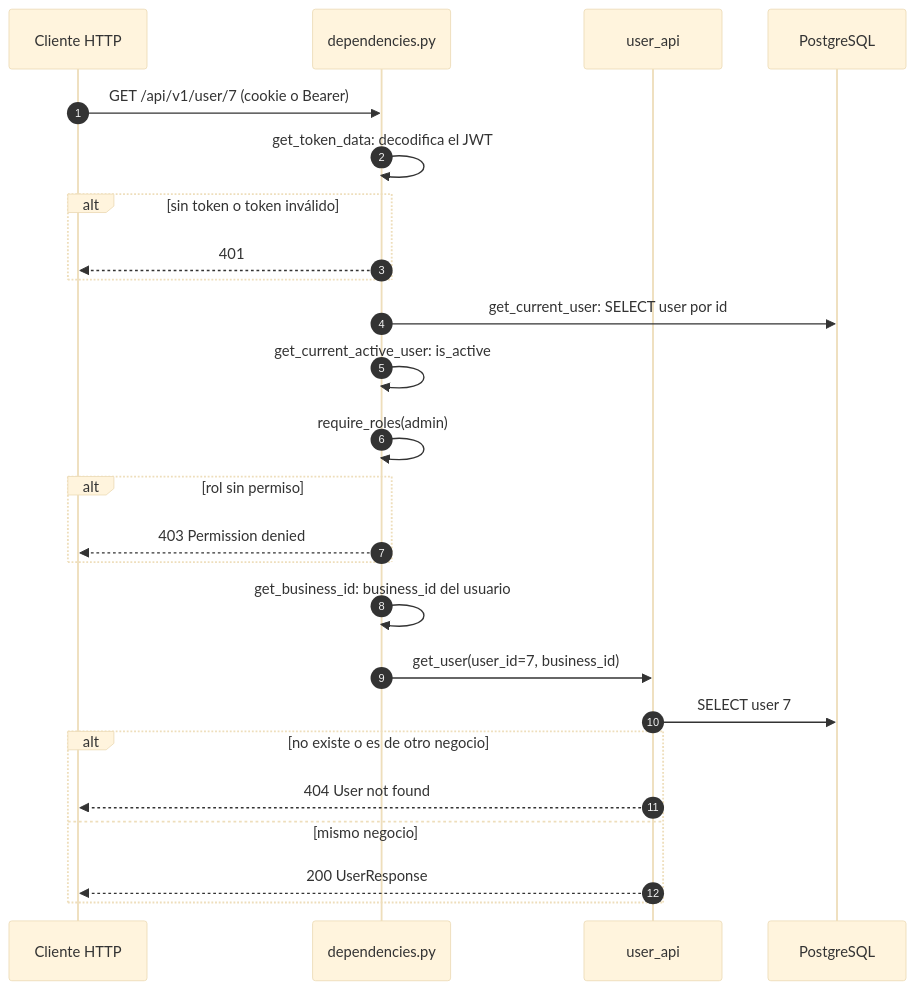
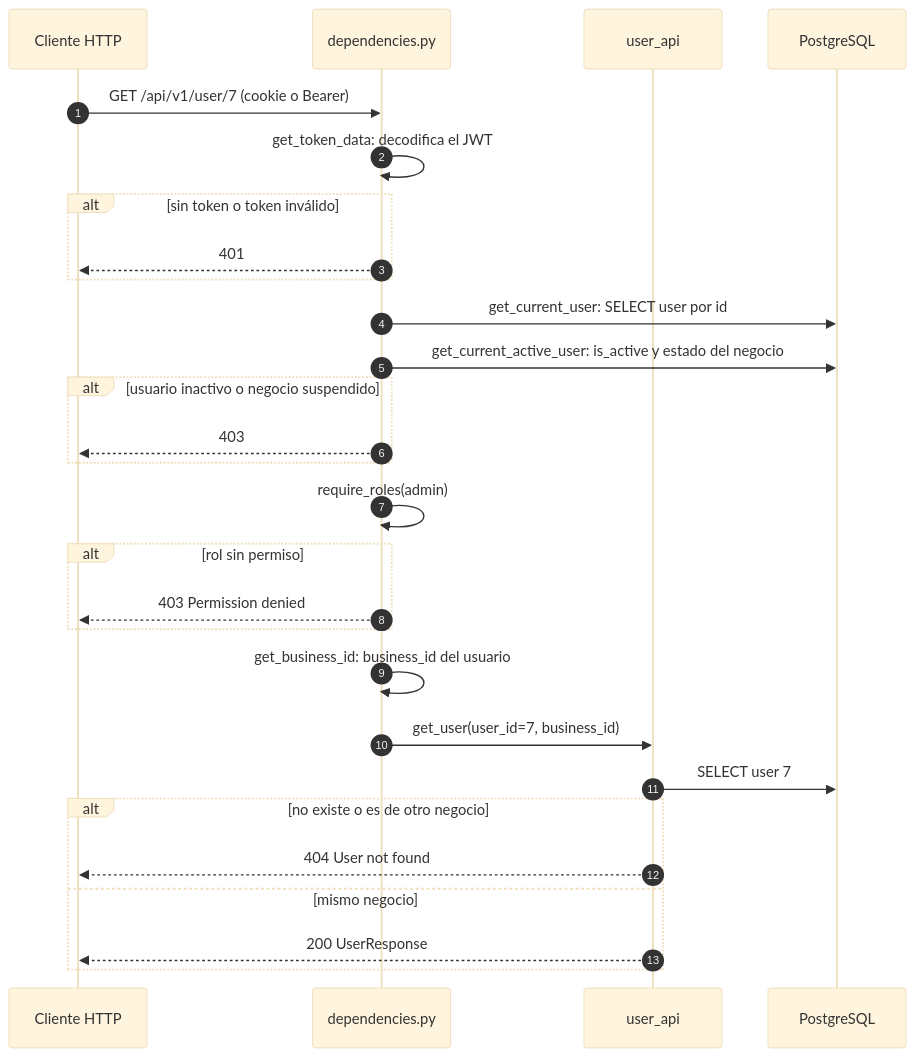
The eighth of 11 diagrams in docs/ARCHITECTURE.md (AGA-Studio/Member-Web), drawn with Mermaid (base theme) before and after one commit. The commit also changed other lines of this file, not shown here.

````diff
--- a/docs/ARCHITECTURE.md
+++ b/docs/ARCHITECTURE.md
@@ -185,28 +200,31 @@
 ```mermaid
 sequenceDiagram
     autonumber
     participant C as Cliente HTTP
     participant DEP as dependencies.py
     participant R as user_api
     participant DB as PostgreSQL
 
     C->>DEP: GET /api/v1/user/7 (cookie o Bearer)
     DEP->>DEP: get_token_data: decodifica el JWT
     alt sin token o token inválido
         DEP-->>C: 401
     end
     DEP->>DB: get_current_user: SELECT user por id
-    DEP->>DEP: get_current_active_user: is_active
+    DEP->>DB: get_current_active_user: is_active y estado del negocio
+    alt usuario inactivo o negocio suspendido
+        DEP-->>C: 403
+    end
     DEP->>DEP: require_roles(admin)
     alt rol sin permiso
         DEP-->>C: 403 Permission denied
     end
     DEP->>DEP: get_business_id: business_id del usuario
     DEP->>R: get_user(user_id=7, business_id)
     R->>DB: SELECT user 7
     alt no existe o es de otro negocio
         R-->>C: 404 User not found
     else mismo negocio
         R-->>C: 200 UserResponse
     end
 ```
````
